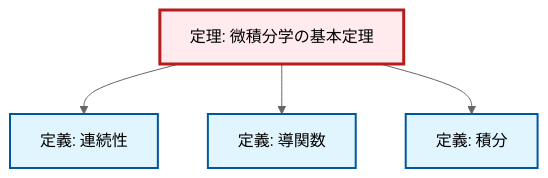
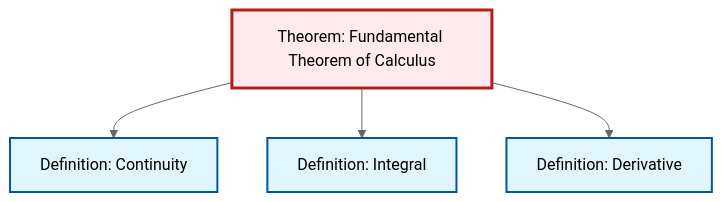
Before and after one commit to RK0429/ModernMath: the diagram in content/ja/analysis/thm-fundamental-calculus.qmd, drawn with Mermaid (neutral theme). The commit also changed other lines of this file and 531 other files, not shown here.

````diff
--- a/content/ja/analysis/thm-fundamental-calculus.qmd
+++ b/content/ja/analysis/thm-fundamental-calculus.qmd
@@ -142,20 +142,20 @@
 ```{mermaid}
-%%| fig-cap: "局所依存関係グラフ"
+%%| fig-cap: "Local dependency graph"
 graph TD
     classDef definition fill:#e1f5fe,stroke:#01579b,stroke-width:2px
     classDef theorem fill:#f3e5f5,stroke:#4a148c,stroke-width:2px
     classDef axiom fill:#fff3e0,stroke:#e65100,stroke-width:2px
     classDef example fill:#e8f5e9,stroke:#1b5e20,stroke-width:2px
     classDef current fill:#ffebee,stroke:#b71c1c,stroke-width:3px
-    def-continuity["定義: 連続性"]:::definition
-    def-derivative["定義: 導関数"]:::definition
-    def-integral["定義: 積分"]:::definition
-    thm-fundamental-calculus["定理: 微積分学の基本定理"]:::theorem
+    def-derivative["Definition: Derivative"]:::definition
+    def-continuity["Definition: Continuity"]:::definition
+    thm-fundamental-calculus["Theorem: Fundamental Theorem of Calculus"]:::theorem
+    def-integral["Definition: Integral"]:::definition
     thm-fundamental-calculus --> def-continuity
+    thm-fundamental-calculus --> def-integral
     thm-fundamental-calculus --> def-derivative
-    thm-fundamental-calculus --> def-integral
     class thm-fundamental-calculus current
-    click def-continuity "def-continuity.html" "連続性の定義へ"
-    click def-derivative "def-derivative.html" "導関数の定義へ"
-    click def-integral "def-integral.html" "積分の定義へ"
+    click def-derivative "def-derivative.html" "Definition: Derivativeへ"
+    click def-continuity "def-continuity.html" "Definition: Continuityへ"
+    click def-integral "def-integral.html" "Definition: Integralへ"
 ```
````
